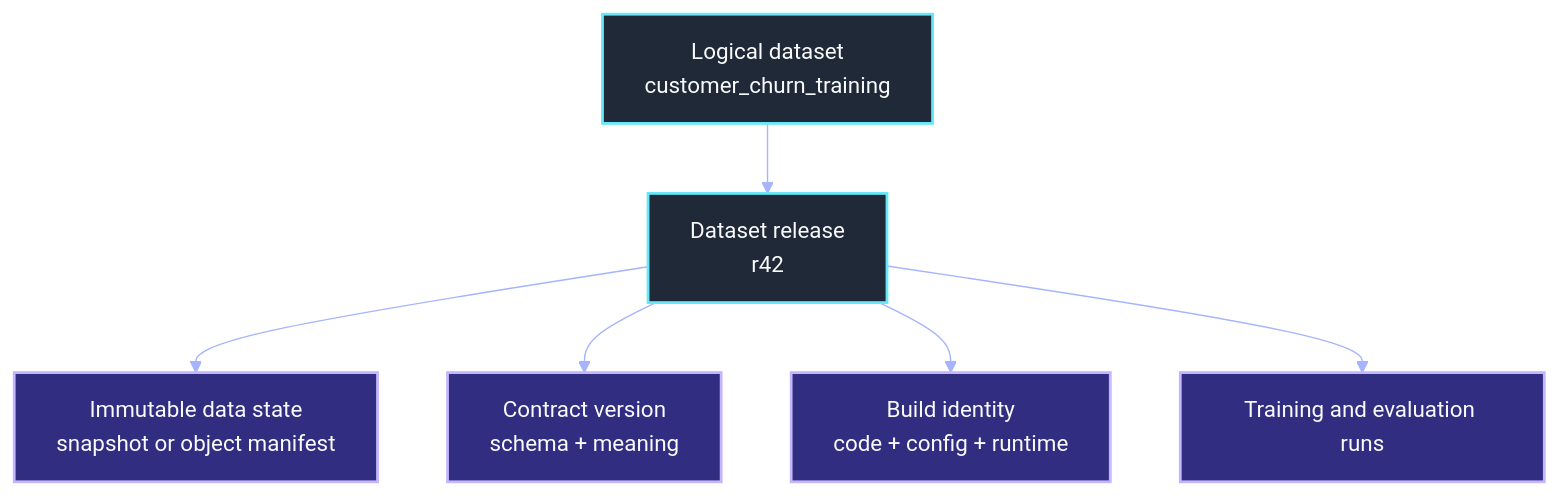
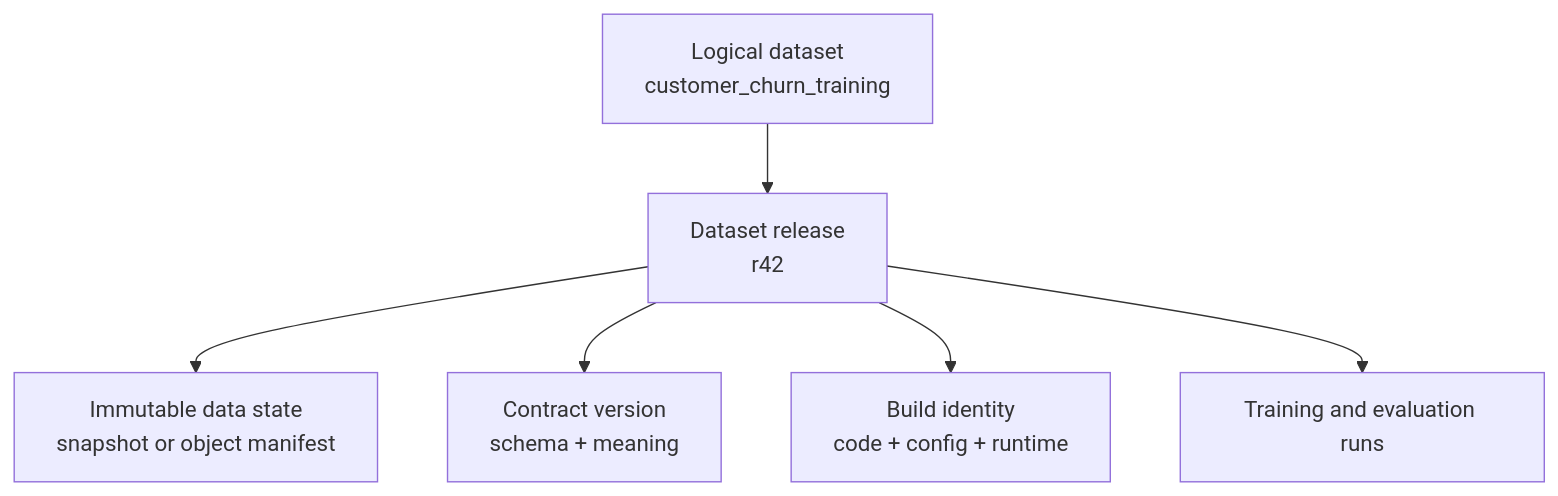
Before and after one commit to senlinyy/dev-roadmaps: the first of 3 diagrams in roadmaps/mlops/modules/data-for-ml-systems/data-pipelines/02-dataset-versioning-and-lineage.md, drawn with Mermaid. The commit also changed other lines of this file and 152 other files, not shown here.

Commit message:
feat: mlops and diagrams updated

````diff
--- a/roadmaps/mlops/modules/data-for-ml-systems/data-pipelines/02-dataset-versioning-and-lineage.md
+++ b/roadmaps/mlops/modules/data-for-ml-systems/data-pipelines/02-dataset-versioning-and-lineage.md
@@ -48,11 +48,10 @@
 ```mermaid
-%%{init: {"theme": "base", "themeVariables": {"background": "#111827", "primaryColor": "#1f2937", "primaryTextColor": "#f9fafb", "primaryBorderColor": "#67e8f9", "lineColor": "#a5b4fc", "secondaryColor": "#312e81", "tertiaryColor": "#3f1d2e", "fontFamily": "Inter, sans-serif"}}}%%
+
 flowchart TB
     Name["Logical dataset<br/>customer_churn_training"] --> Release["Dataset release<br/>r42"]
     Release --> State["Immutable data state<br/>snapshot or object manifest"] & Contract["Contract version<br/>schema + meaning"]
     Release --> Build["Build identity<br/>code + config + runtime"] & Use["Training and evaluation runs"]
-    classDef identity fill:#1f2937,stroke:#67e8f9,color:#f9fafb,stroke-width:2px
-    classDef evidence fill:#312e81,stroke:#c4b5fd,color:#f9fafb,stroke-width:2px
+
     class Name,Release identity
     class State,Contract,Build,Use evidence
 ```
````
